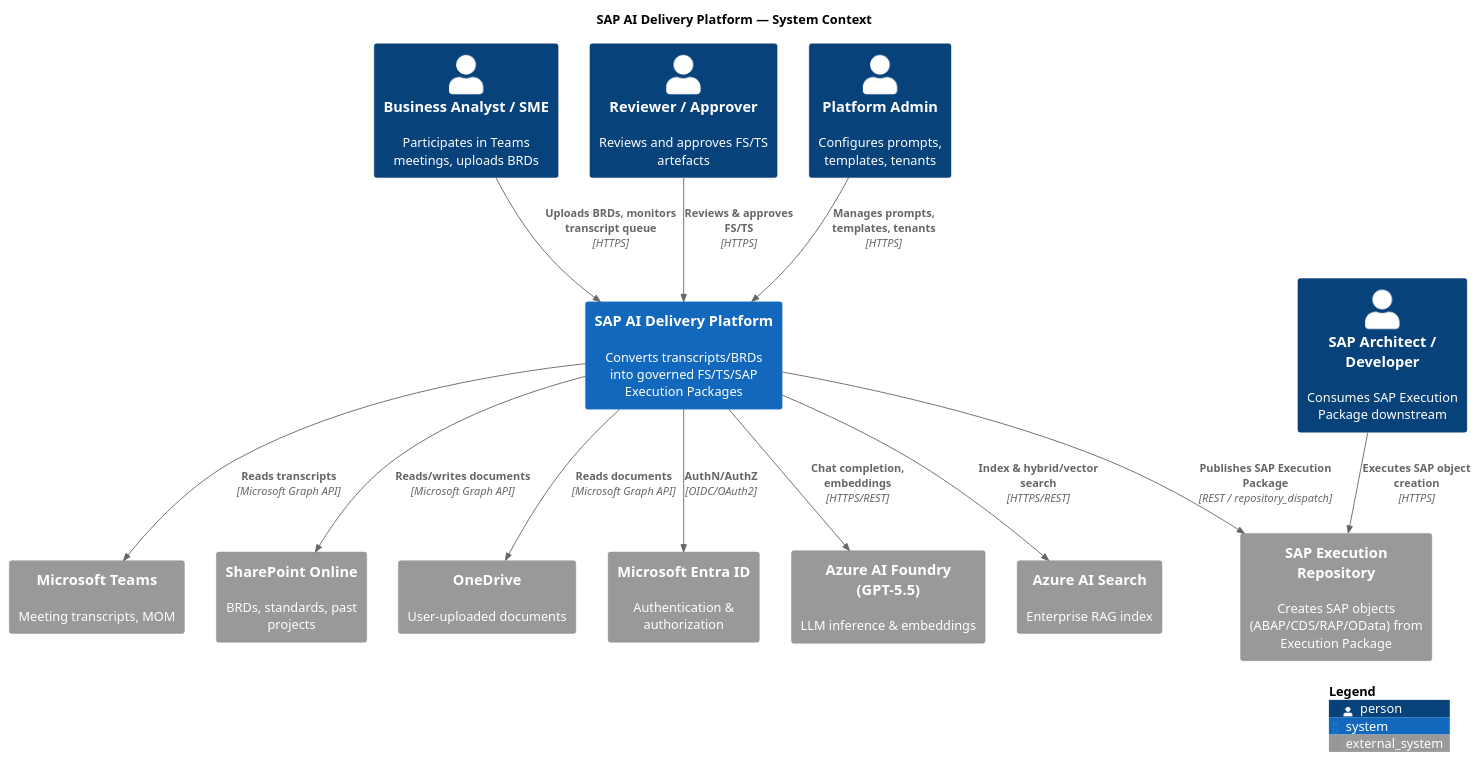
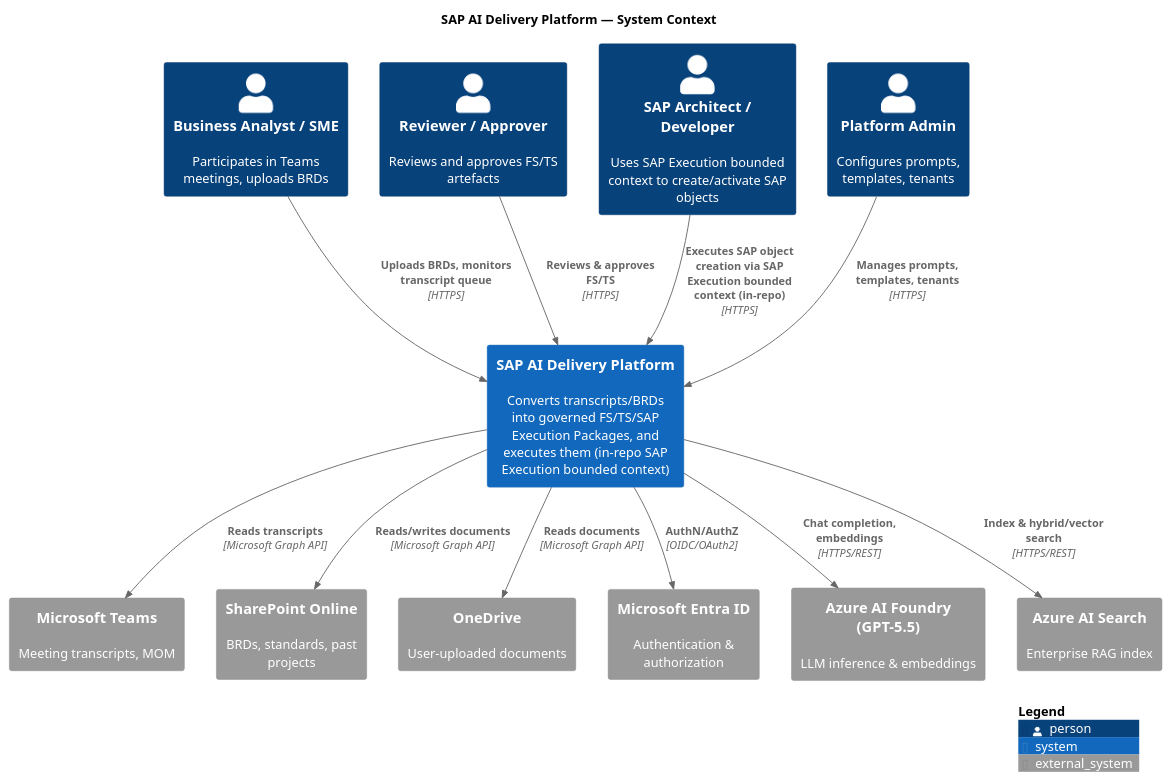
Before and after one commit to Atri-03/My-repo: the diagram in sap-ai-delivery-platform/docs/architecture/diagrams/c4-context.puml, drawn with PlantUML. The commit also changed 53 other files, not shown here.

Commit message:
Update architecture docs to reflect in-repo SAP Execution bounded context; add gap analysis report

```diff
--- a/sap-ai-delivery-platform/docs/architecture/diagrams/c4-context.puml
+++ b/sap-ai-delivery-platform/docs/architecture/diagrams/c4-context.puml
@@ -1,34 +1,32 @@
 @startuml C4-Context
 !include <C4/C4_Context>
 
 title SAP AI Delivery Platform — System Context
 
 Person(business_user, "Business Analyst / SME", "Participates in Teams meetings, uploads BRDs")
 Person(reviewer, "Reviewer / Approver", "Reviews and approves FS/TS artefacts")
-Person(architect, "SAP Architect / Developer", "Consumes SAP Execution Package downstream")
+Person(architect, "SAP Architect / Developer", "Uses SAP Execution bounded context to create/activate SAP objects")
 Person(admin, "Platform Admin", "Configures prompts, templates, tenants")
 
-System(platform, "SAP AI Delivery Platform", "Converts transcripts/BRDs into governed FS/TS/SAP Execution Packages")
+System(platform, "SAP AI Delivery Platform", "Converts transcripts/BRDs into governed FS/TS/SAP Execution Packages, and executes them (in-repo SAP Execution bounded context)")
 
 System_Ext(teams, "Microsoft Teams", "Meeting transcripts, MOM")
 System_Ext(sharepoint, "SharePoint Online", "BRDs, standards, past projects")
 System_Ext(onedrive, "OneDrive", "User-uploaded documents")
 System_Ext(entra, "Microsoft Entra ID", "Authentication & authorization")
 System_Ext(foundry, "Azure AI Foundry (GPT-5.5)", "LLM inference & embeddings")
 System_Ext(search, "Azure AI Search", "Enterprise RAG index")
-System_Ext(sap_exec_repo, "SAP Execution Repository", "Creates SAP objects (ABAP/CDS/RAP/OData) from Execution Package")
 
 Rel(business_user, platform, "Uploads BRDs, monitors transcript queue", "HTTPS")
 Rel(reviewer, platform, "Reviews & approves FS/TS", "HTTPS")
 Rel(admin, platform, "Manages prompts, templates, tenants", "HTTPS")
 Rel(platform, teams, "Reads transcripts", "Microsoft Graph API")
 Rel(platform, sharepoint, "Reads/writes documents", "Microsoft Graph API")
 Rel(platform, onedrive, "Reads documents", "Microsoft Graph API")
 Rel(platform, entra, "AuthN/AuthZ", "OIDC/OAuth2")
 Rel(platform, foundry, "Chat completion, embeddings", "HTTPS/REST")
 Rel(platform, search, "Index & hybrid/vector search", "HTTPS/REST")
-Rel(platform, sap_exec_repo, "Publishes SAP Execution Package", "REST / repository_dispatch")
-Rel(architect, sap_exec_repo, "Executes SAP object creation", "HTTPS")
+Rel(architect, platform, "Executes SAP object creation via SAP Execution bounded context (in-repo)", "HTTPS")
 
 SHOW_LEGEND()
 @enduml
```
